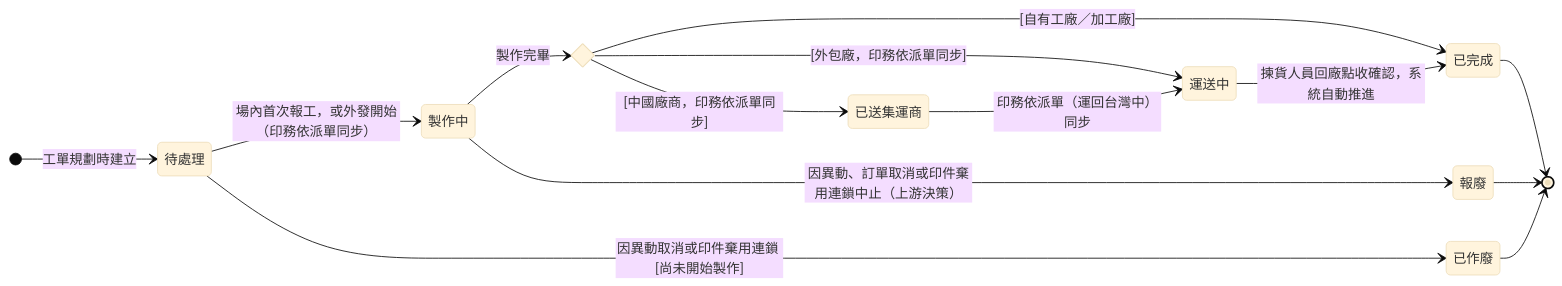
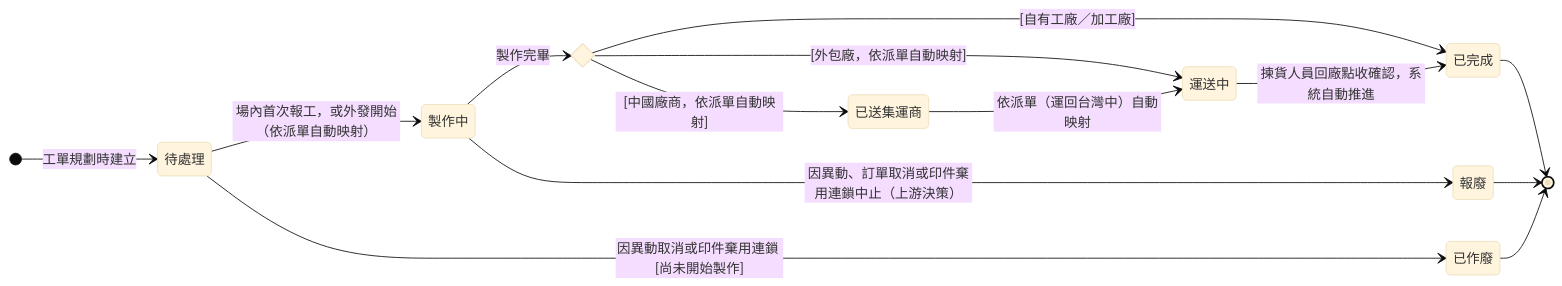
The diagram in memory/Sens_wiki/wiki/erp/06-state-machines/生產任務狀態.md (Kawato-Miles/erp-spec), drawn with Mermaid (base theme) before and after one commit. The commit also changed other lines of this file and 32 other files, not shown here.

````diff
--- a/memory/Sens_wiki/wiki/erp/06-state-machines/生產任務狀態.md
+++ b/memory/Sens_wiki/wiki/erp/06-state-machines/生產任務狀態.md
@@ -56,30 +56,30 @@
 ```mermaid
 stateDiagram-v2
     direction LR
 
     [*] --> s_pending : 工單規劃時建立
 
     state "待處理" as s_pending
     state "製作中" as s_making
     state "已送集運商" as s_consolidator
     state "運送中" as s_shipping
     state "已完成" as s_done
     state "已作廢" as s_void
     state "報廢" as s_scrap
     state route <<choice>>
 
-    s_pending --> s_making : 場內首次報工，或外發開始（印務依派單同步）
+    s_pending --> s_making : 場內首次報工，或外發開始（依派單自動映射）
     s_making --> route : 製作完畢
     route --> s_done : [自有工廠／加工廠]
-    route --> s_shipping : [外包廠，印務依派單同步]
-    route --> s_consolidator : [中國廠商，印務依派單同步]
-    s_consolidator --> s_shipping : 印務依派單（運回台灣中）同步
+    route --> s_shipping : [外包廠，依派單自動映射]
+    route --> s_consolidator : [中國廠商，依派單自動映射]
+    s_consolidator --> s_shipping : 依派單（運回台灣中）自動映射
     s_shipping --> s_done : 揀貨人員回廠點收確認，系統自動推進
 
     s_pending --> s_void : 因異動取消或印件棄用連鎖 [尚未開始製作]
     s_making --> s_scrap : 因異動、訂單取消或印件棄用連鎖中止（上游決策）
 
     s_done --> [*]
     s_void --> [*]
     s_scrap --> [*]
 ```
````
